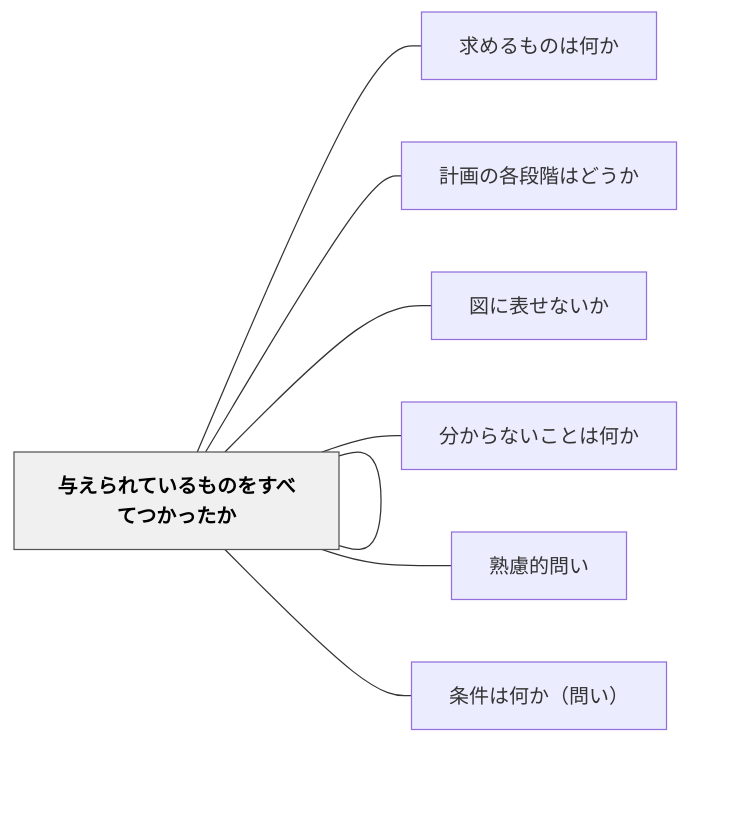
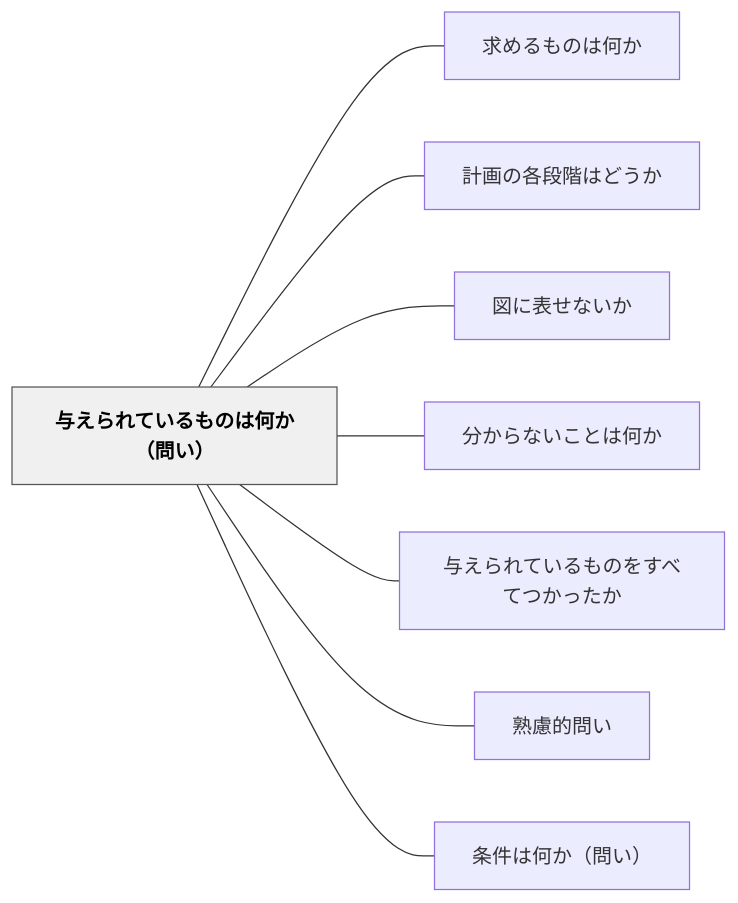
The diagram in content/パタン/与えられているものは何か（問い）.md (unknownthings-ed-patterns/unknownthings-ed-patterns), drawn with Mermaid before and after one commit. The commit also changed 527 other files, not shown here.

````diff
--- a/content/パタン/与えられているものは何か（問い）.md
+++ b/content/パタン/与えられているものは何か（問い）.md
@@ -44,22 +44,22 @@
 ```mermaid
 flowchart LR
-    ne4b88ee38188["与えられているものは何か（問い）"]
-    ne6b182e38281["求めるものは何か"]
-    ne8a888e794bb["計画の各段階はどうか"]
-    ne59bb3e381ab["図に表せないか"]
-    ne58886e3818b["分からないことは何か"]
-    ne4b88ee38188["与えられているものをすべてつかったか"]
-    ne7869fe685ae["熟慮的問い"]
-    ne69da1e4bbb6["条件は何か（問い）"]
+    ne4b88ee38188e38289e3828ce381a6e38184e3828be38282e381aee381afe4bd95e3818befbc88e5958fe38184efbc89["与えられているものは何か（問い）"]
+    ne6b182e38281e3828be38282e381aee381afe4bd95e3818b["求めるものは何か"]
+    ne8a888e794bbe381aee59084e6aeb5e99a8ee381afe381a9e38186e3818b["計画の各段階はどうか"]
+    ne59bb3e381abe8a1a8e3819be381aae38184e3818b["図に表せないか"]
+    ne58886e3818be38289e381aae38184e38193e381a8e381afe4bd95e3818b["分からないことは何か"]
+    ne4b88ee38188e38289e3828ce381a6e38184e3828be38282e381aee38292e38199e381b9e381a6e381a4e3818be381a3e3819fe3818b["与えられているものをすべてつかったか"]
+    ne7869fe685aee79a84e5958fe38184["熟慮的問い"]
+    ne69da1e4bbb6e381afe4bd95e3818befbc88e5958fe38184efbc89["条件は何か（問い）"]
 
-    ne4b88ee38188 --- ne6b182e38281
-    ne4b88ee38188 --- ne8a888e794bb
-    ne4b88ee38188 --- ne59bb3e381ab
-    ne4b88ee38188 --- ne58886e3818b
-    ne4b88ee38188 --- ne4b88ee38188
-    ne4b88ee38188 --- ne7869fe685ae
-    ne4b88ee38188 --- ne69da1e4bbb6
+    ne4b88ee38188e38289e3828ce381a6e38184e3828be38282e381aee381afe4bd95e3818befbc88e5958fe38184efbc89 --- ne6b182e38281e3828be38282e381aee381afe4bd95e3818b
+    ne4b88ee38188e38289e3828ce381a6e38184e3828be38282e381aee381afe4bd95e3818befbc88e5958fe38184efbc89 --- ne8a888e794bbe381aee59084e6aeb5e99a8ee381afe381a9e38186e3818b
+    ne4b88ee38188e38289e3828ce381a6e38184e3828be38282e381aee381afe4bd95e3818befbc88e5958fe38184efbc89 --- ne59bb3e381abe8a1a8e3819be381aae38184e3818b
+    ne4b88ee38188e38289e3828ce381a6e38184e3828be38282e381aee381afe4bd95e3818befbc88e5958fe38184efbc89 --- ne58886e3818be38289e381aae38184e38193e381a8e381afe4bd95e3818b
+    ne4b88ee38188e38289e3828ce381a6e38184e3828be38282e381aee381afe4bd95e3818befbc88e5958fe38184efbc89 --- ne4b88ee38188e38289e3828ce381a6e38184e3828be38282e381aee38292e38199e381b9e381a6e381a4e3818be381a3e3819fe3818b
+    ne4b88ee38188e38289e3828ce381a6e38184e3828be38282e381aee381afe4bd95e3818befbc88e5958fe38184efbc89 --- ne7869fe685aee79a84e5958fe38184
+    ne4b88ee38188e38289e3828ce381a6e38184e3828be38282e381aee381afe4bd95e3818befbc88e5958fe38184efbc89 --- ne69da1e4bbb6e381afe4bd95e3818befbc88e5958fe38184efbc89
 
     classDef hub fill:#f0f0f0,stroke:#555,color:#000,font-weight:bold
-    class ne4b88ee38188 hub
+    class ne4b88ee38188e38289e3828ce381a6e38184e3828be38282e381aee381afe4bd95e3818befbc88e5958fe38184efbc89 hub
 ```
````
